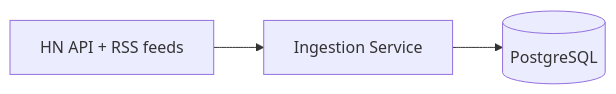
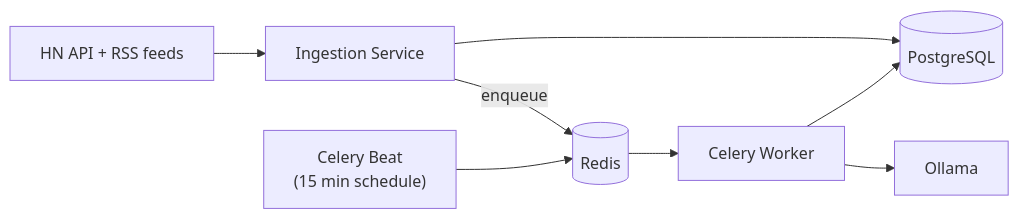
The first of 2 diagrams in README.md (KayBee1880/TechDigest), drawn with Mermaid before and after one commit. The commit also changed other lines of this file and 1 other file, not shown here.

Commit message:
Mark M3 (async processing) complete in roadmap and README

````diff
--- a/README.md
+++ b/README.md
@@ -44,5 +45,10 @@
 ```mermaid
 flowchart LR
     Sources["HN API + RSS feeds"] --> Ingest["Ingestion Service"]
     Ingest --> PG[("PostgreSQL")]
+    Ingest -->|enqueue| Redis[("Redis")]
+    Beat["Celery Beat<br/>(15 min schedule)"] --> Redis
+    Redis --> Worker["Celery Worker"]
+    Worker --> AI["Ollama"]
+    Worker --> PG
 ```
````
